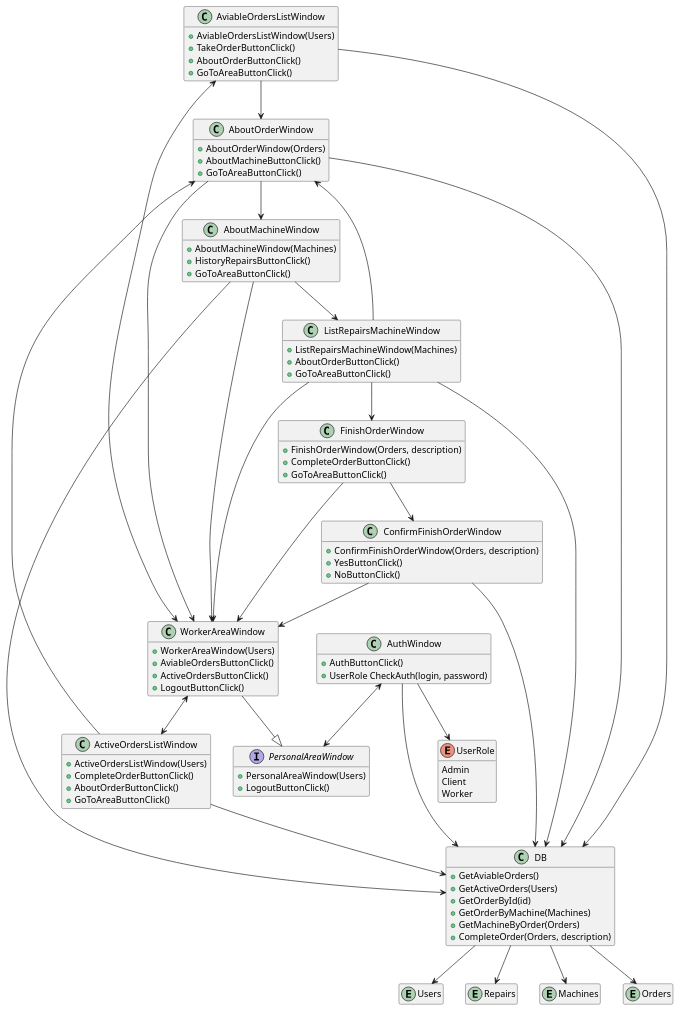
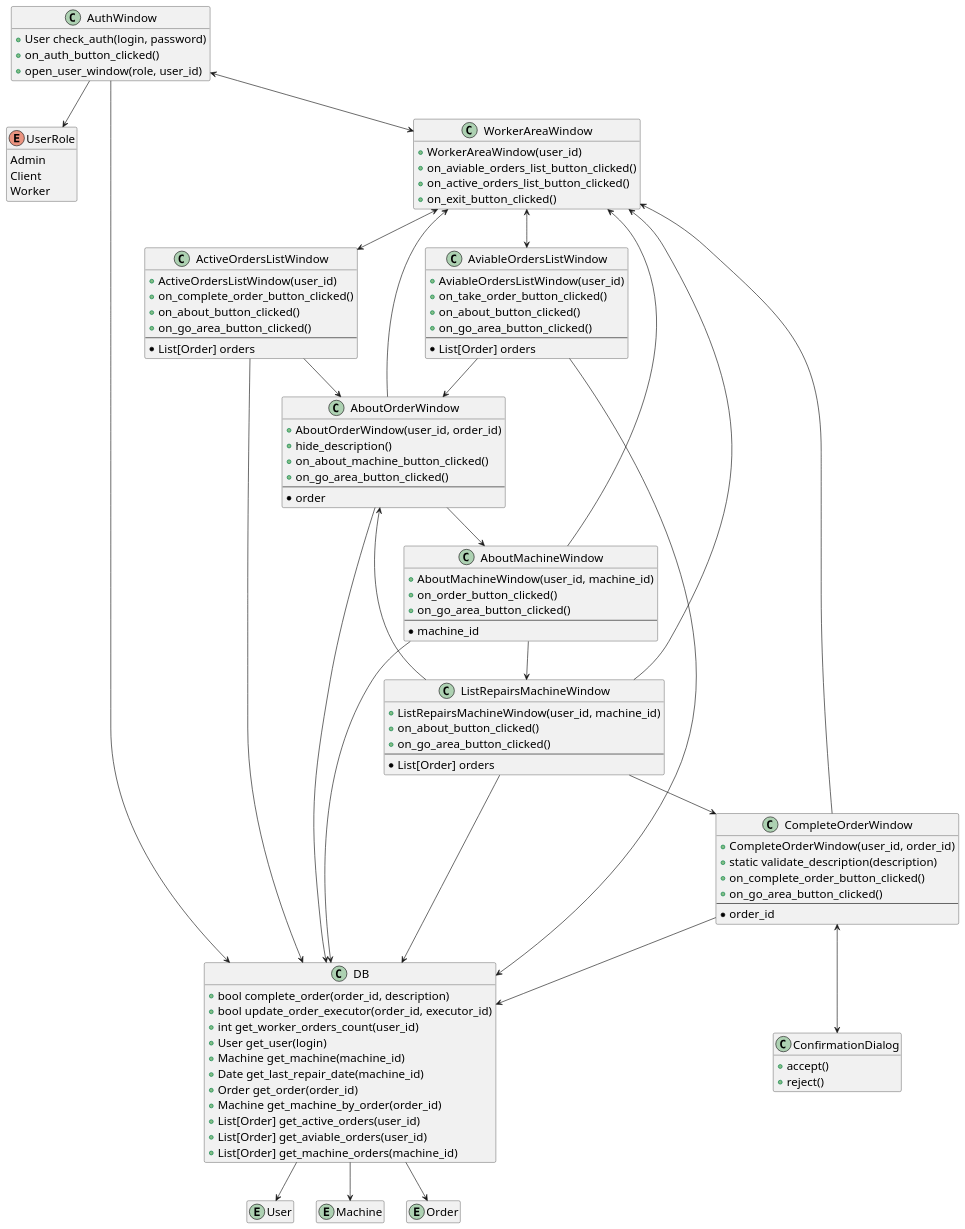
One commit to Dugers/Machine-repair changed the diagram in Diagrams/classes/worker.wsd. Above: the diagram before and after it, drawn with PlantUML. The commit also changed 14 other files, not shown here.

Commit message:
update diagrams style

```diff
--- a/Diagrams/classes/worker.wsd
+++ b/Diagrams/classes/worker.wsd
@@ -1,114 +1,128 @@
 @startuml worker_class
+
+skinparam defaultFontSize 18
 
 hide empty members
 
 enum UserRole {
   Admin
   Client
   Worker
 }
+
 class DB {
-  + GetAviableOrders()
-  + GetActiveOrders(Users)
-  + GetOrderById(id)
-  + GetOrderByMachine(Machines)
-  + GetMachineByOrder(Orders)
-  + CompleteOrder(Orders, description)
+  + bool complete_order(order_id, description)
+  + bool update_order_executor(order_id, executor_id)
+  + int get_worker_orders_count(user_id)
+  + User get_user(login)
+  + Machine get_machine(machine_id)
+  + Date get_last_repair_date(machine_id)
+  + Order get_order(order_id)
+  + Machine get_machine_by_order(order_id)
+  + List[Order] get_active_orders(user_id)
+  + List[Order] get_aviable_orders(user_id)
+  + List[Order] get_machine_orders(machine_id)
 }
+
 class AuthWindow {
-  + AuthButtonClick()
-  + UserRole CheckAuth(login, password)
+  + User check_auth(login, password)
+  + on_auth_button_clicked()
+  + open_user_window(role, user_id)
 }
  
-Entity Users
-Entity Repairs
-Entity Machines
-Entity Orders
-
-Interface PersonalAreaWindow {
-  + PersonalAreaWindow(Users)
-  + LogoutButtonClick()
-}
+Entity User
+Entity Machine
+Entity Order
 
 class WorkerAreaWindow {
-  + WorkerAreaWindow(Users)
-  + AviableOrdersButtonClick()
-  + ActiveOrdersButtonClick()
-  + LogoutButtonClick()
+  + WorkerAreaWindow(user_id)
+  + on_aviable_orders_list_button_clicked()
+  + on_active_orders_list_button_clicked()
+  + on_exit_button_clicked()
 }
 
 class AviableOrdersListWindow {
-  + AviableOrdersListWindow(Users)
-  + TakeOrderButtonClick()
-  + AboutOrderButtonClick()
-  + GoToAreaButtonClick()
+  + AviableOrdersListWindow(user_id)
+  + on_take_order_button_clicked()
+  + on_about_button_clicked()
+  + on_go_area_button_clicked()
+  --
+  * List[Order] orders
 }
 
 class ActiveOrdersListWindow {
-  + ActiveOrdersListWindow(Users)
-  + CompleteOrderButtonClick()
-  + AboutOrderButtonClick()
-  + GoToAreaButtonClick()
+  + ActiveOrdersListWindow(user_id)
+  + on_complete_order_button_clicked()
+  + on_about_button_clicked()
+  + on_go_area_button_clicked()
+  --
+  * List[Order] orders
 }
 
-class FinishOrderWindow {
-  + FinishOrderWindow(Orders, description)
-  + CompleteOrderButtonClick()
-  + GoToAreaButtonClick()
+class CompleteOrderWindow {
+  + CompleteOrderWindow(user_id, order_id)
+  + static validate_description(description)
+  + on_complete_order_button_clicked()
+  + on_go_area_button_clicked()
+  --
+  * order_id
 }
 
-class ConfirmFinishOrderWindow {
-  + ConfirmFinishOrderWindow(Orders, description)
-  + YesButtonClick()
-  + NoButtonClick()
+class ConfirmationDialog {
+  + accept()
+  + reject()
 }
 
 class AboutOrderWindow {
-  + AboutOrderWindow(Orders)
-  + AboutMachineButtonClick()
-  + GoToAreaButtonClick()
+  + AboutOrderWindow(user_id, order_id)
+  + hide_description()
+  + on_about_machine_button_clicked()
+  + on_go_area_button_clicked()
+  --
+  * order
 }
 
 class AboutMachineWindow {
-  + AboutMachineWindow(Machines)
-  + HistoryRepairsButtonClick()
-  + GoToAreaButtonClick()
+  + AboutMachineWindow(user_id, machine_id)
+  + on_order_button_clicked()
+  + on_go_area_button_clicked()
+  --
+  * machine_id
 }
 
 class ListRepairsMachineWindow {
-  + ListRepairsMachineWindow(Machines)
-  + AboutOrderButtonClick()
-  + GoToAreaButtonClick()
+  + ListRepairsMachineWindow(user_id, machine_id)
+  + on_about_button_clicked()
+  + on_go_area_button_clicked()
+  --
+  * List[Order] orders
 }
 
 
 AuthWindow --> DB
-DB --> Users
-DB --> Repairs
-DB --> Machines
-DB --> Orders
+DB --> User
+DB --> Machine
+DB --> Order
 AuthWindow --> UserRole
-AuthWindow <--> PersonalAreaWindow
-WorkerAreaWindow --|> PersonalAreaWindow
+AuthWindow <--> WorkerAreaWindow
 WorkerAreaWindow <--> AviableOrdersListWindow
 WorkerAreaWindow <--> ActiveOrdersListWindow
 AboutMachineWindow --> WorkerAreaWindow
 AviableOrdersListWindow --> AboutOrderWindow
 ActiveOrdersListWindow --> AboutOrderWindow
 AboutOrderWindow --> WorkerAreaWindow
 AboutOrderWindow --> AboutMachineWindow
 AboutMachineWindow --> ListRepairsMachineWindow
 ListRepairsMachineWindow --> WorkerAreaWindow
 ListRepairsMachineWindow --> AboutOrderWindow
-ListRepairsMachineWindow --> FinishOrderWindow
-FinishOrderWindow --> WorkerAreaWindow
-FinishOrderWindow --> ConfirmFinishOrderWindow
-ConfirmFinishOrderWindow --> WorkerAreaWindow
+ListRepairsMachineWindow --> CompleteOrderWindow
+CompleteOrderWindow --> WorkerAreaWindow
+CompleteOrderWindow <--> ConfirmationDialog
 AviableOrdersListWindow --> DB
 ActiveOrdersListWindow --> DB
-ConfirmFinishOrderWindow --> DB
+CompleteOrderWindow --> DB
 AboutMachineWindow --> DB
 AboutOrderWindow --> DB
 ListRepairsMachineWindow --> DB
 
 @enduml
```
